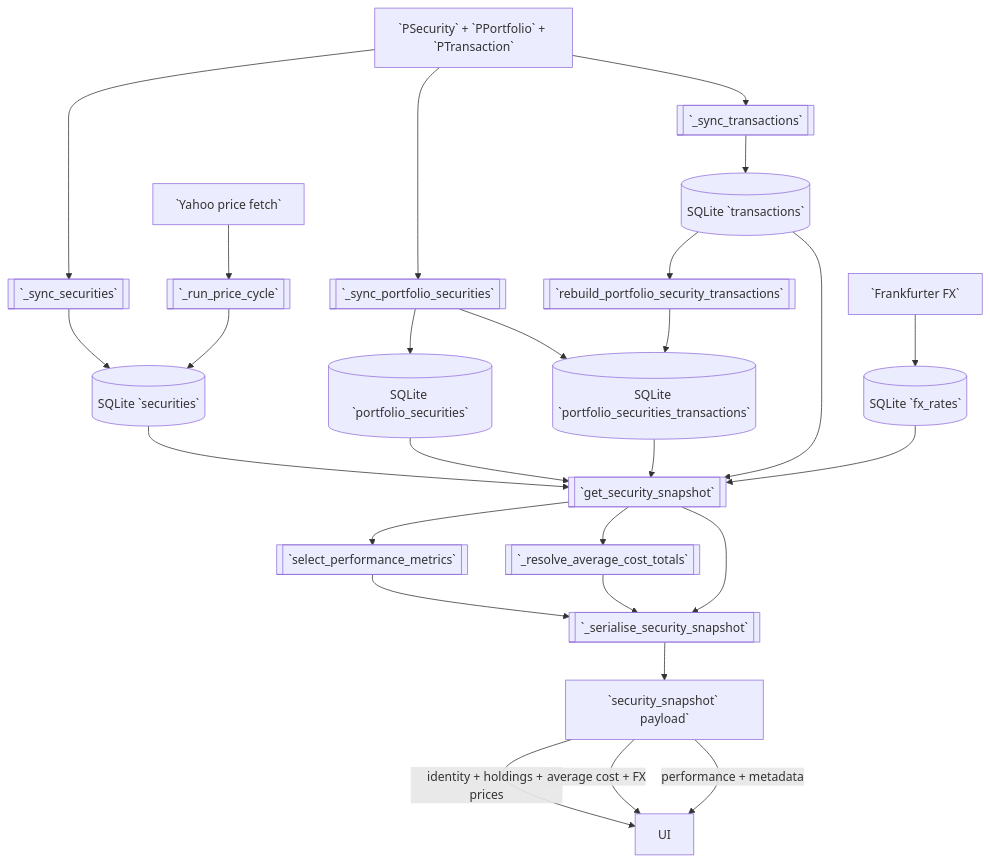
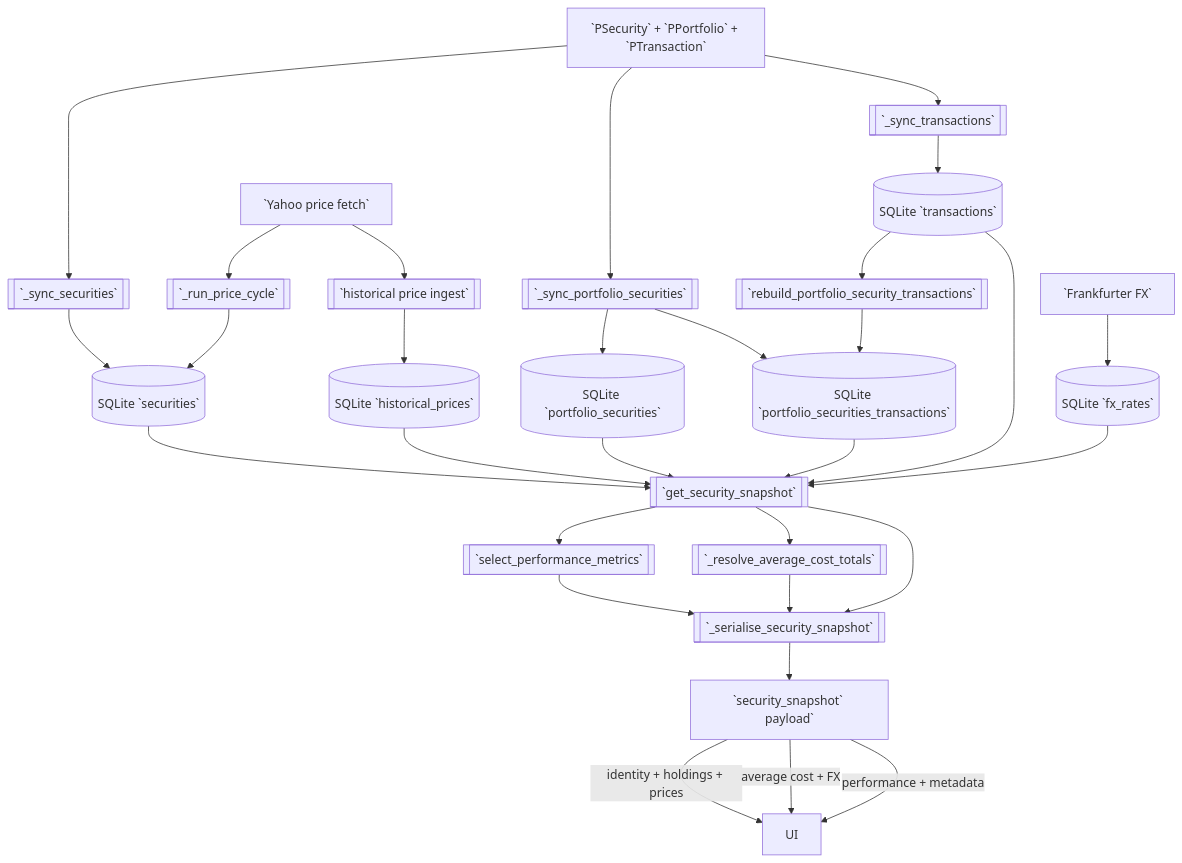
The sixth of 8 diagrams in datamodel/frontend-datamodel-visualizations.md (Freakandi/ha-pp-reader), drawn with Mermaid before and after one commit. The commit also changed other lines of this file and 4 other files, not shown here.

````diff
--- a/datamodel/frontend-datamodel-visualizations.md
+++ b/datamodel/frontend-datamodel-visualizations.md
@@ -220,29 +217,31 @@
 ```mermaid
 flowchart TD
   Proto[`PSecurity` + `PPortfolio` + `PTransaction`]
   Proto --> SyncSec[[`_sync_securities`]]
   Proto --> SyncPortSec[[`_sync_portfolio_securities`]]
   Proto --> SyncTxn[[`_sync_transactions`]]
   SyncSec --> SecDB[(SQLite `securities`)]
   SyncPortSec --> PSDB[(SQLite `portfolio_securities`)]
   SyncPortSec --> PSTxDB[(SQLite `portfolio_securities_transactions`)]
   SyncTxn --> TxDB[(SQLite `transactions`)]
   TxDB --> TxRollup[[`rebuild_portfolio_security_transactions`]]
   TxRollup --> PSTxDB[(SQLite `portfolio_securities_transactions`)]
   Yahoo[`Yahoo price fetch`] --> PriceSvc[[`_run_price_cycle`]] --> SecDB
+  Yahoo --> HistIngest[[`historical price ingest`]] --> HistDB[(SQLite `historical_prices`)]
   Frankfurter[`Frankfurter FX`] --> FXDB[(SQLite `fx_rates`)]
   SecDB --> Snapshot[[`get_security_snapshot`]]
+  HistDB --> Snapshot
   PSDB --> Snapshot
   PSTxDB --> Snapshot
   TxDB --> Snapshot
   FXDB --> Snapshot
   Snapshot --> Perf[[`select_performance_metrics`]]
   Snapshot --> Avg[[`_resolve_average_cost_totals`]]
   Perf --> Serial[[`_serialise_security_snapshot`]]
   Avg --> Serial
   Snapshot --> Serial
   Serial --> Payload[`security_snapshot` payload`]
   Payload -->|identity + holdings + prices| UI
   Payload -->|average cost + FX| UI
   Payload -->|performance + metadata| UI
 ```
````
